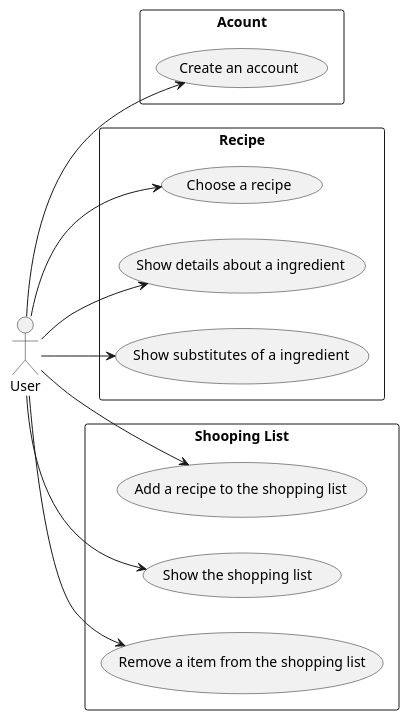
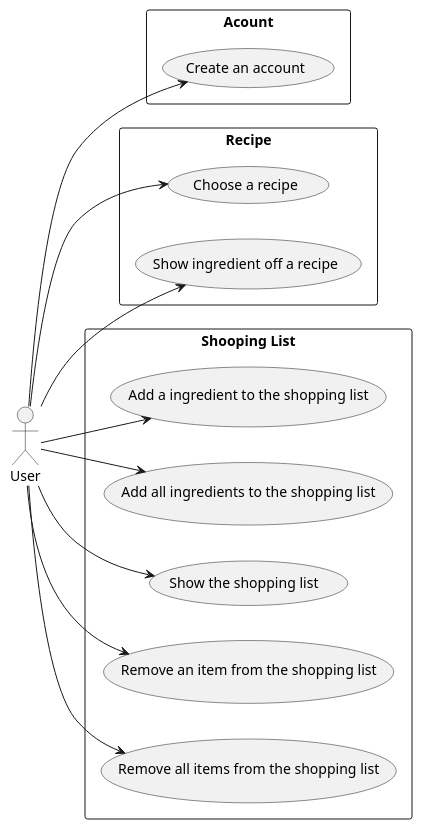
The diagram in Documents/UCD.puml (IsepMartimOliveira/DSSMV_ProjectDroid_1181754), drawn with PlantUML before and after one commit. The commit also changed 10 other files, not shown here.

```diff
--- a/Documents/UCD.puml
+++ b/Documents/UCD.puml
@@ -1,25 +1,28 @@
- @startuml
+@startuml
 left to right direction
 
 actor User
 
 rectangle "Acount" {
     User --> (Create an account)
 
 }
 
 rectangle "Recipe"{
 User --> (Choose a recipe)
-User -->(Show details about a ingredient)
-User -->(Show substitutes of  a ingredient)
+User -->(Show ingredient off a recipe)
 }
 
 rectangle "Shooping List" {
 
-    User -->(Add a recipe to the shopping list)
+    User -->(Add a ingredient to the shopping list)
+    User -->(Add all ingredients to the shopping list)
+
     User -->(Show the shopping list )
-    User -->(Remove a item from the shopping list)
+    User -->(Remove an item from the shopping list)
+    User -->(Remove all items from the shopping list)
+
 }
 
 
 @enduml
```
